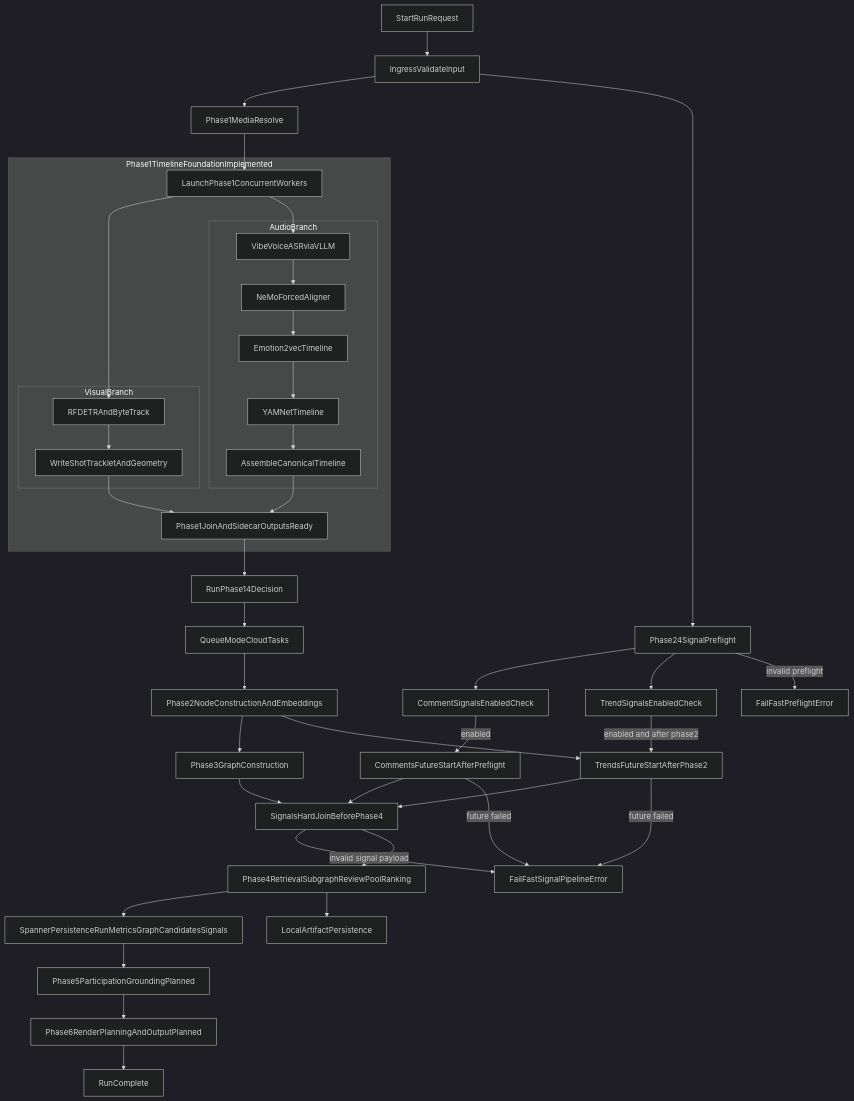
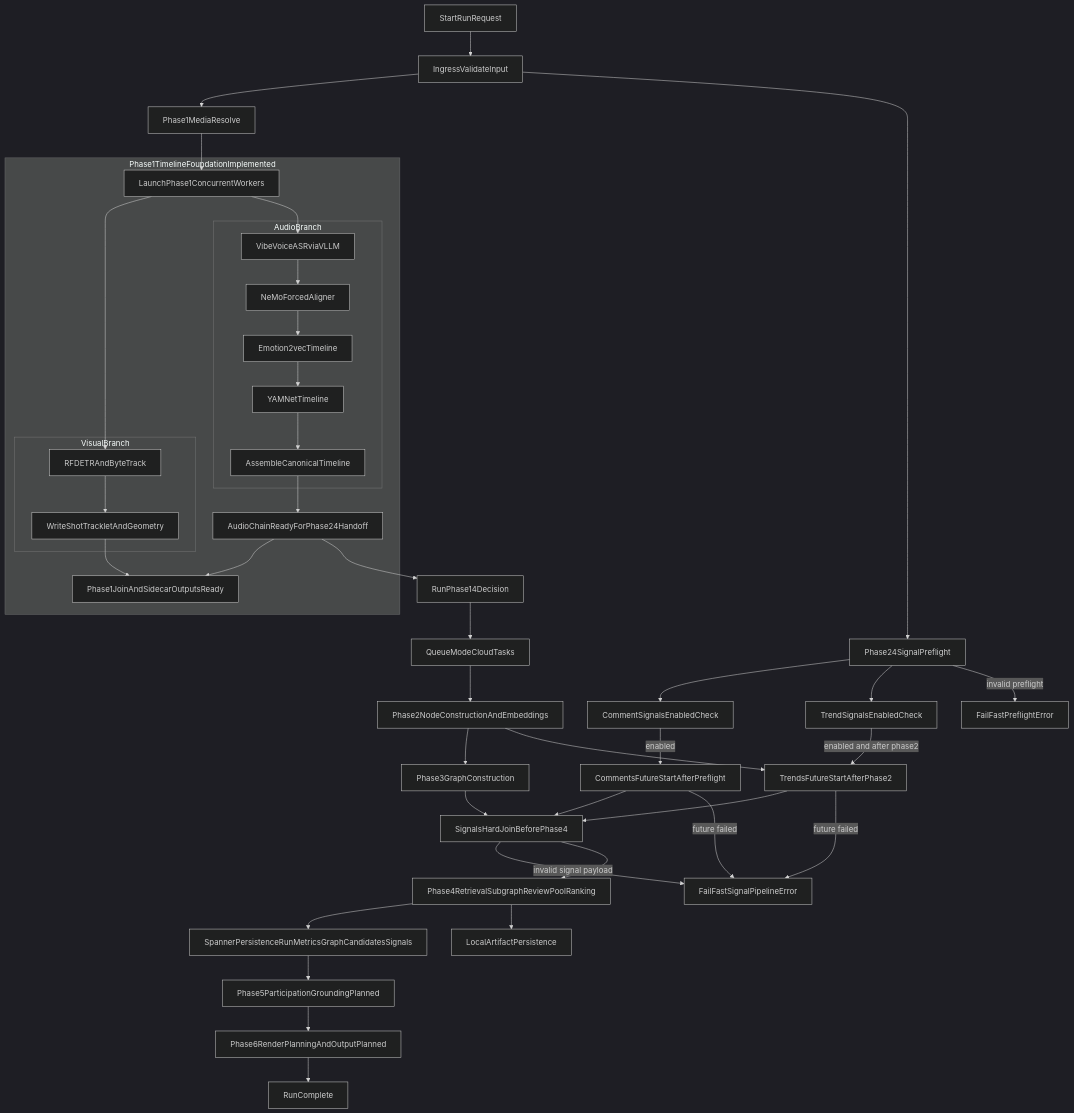
The first of 2 diagrams in docs/ARCHITECTURE.md (ClyptAI/Clypt-Backend), drawn with Mermaid (dark theme) before and after one commit. The commit also changed other lines of this file and 7 other files, not shown here.

```diff
--- a/docs/ARCHITECTURE.md
+++ b/docs/ARCHITECTURE.md
@@ -36,6 +36,7 @@
       p1TimelineAssemble["AssembleCanonicalTimeline"]
     end
 
+    p1AudioReady["AudioChainReadyForPhase24Handoff"]
     p1Join["Phase1JoinAndSidecarOutputsReady"]
   end
 
@@ -70,9 +71,9 @@
 
   mediaResolve --> p1Launch
   p1Launch --> p1VisualExtract --> p1VisualArtifacts --> p1Join
-  p1Launch --> p1Asr --> p1Align --> p1Emotion --> p1Yamnet --> p1TimelineAssemble --> p1Join
+  p1Launch --> p1Asr --> p1Align --> p1Emotion --> p1Yamnet --> p1TimelineAssemble --> p1AudioReady --> p1Join
 
-  p1Join --> queueDecision
+  p1AudioReady --> queueDecision
   queueDecision --> modeQueue
   modeQueue --> phase2
 
```
